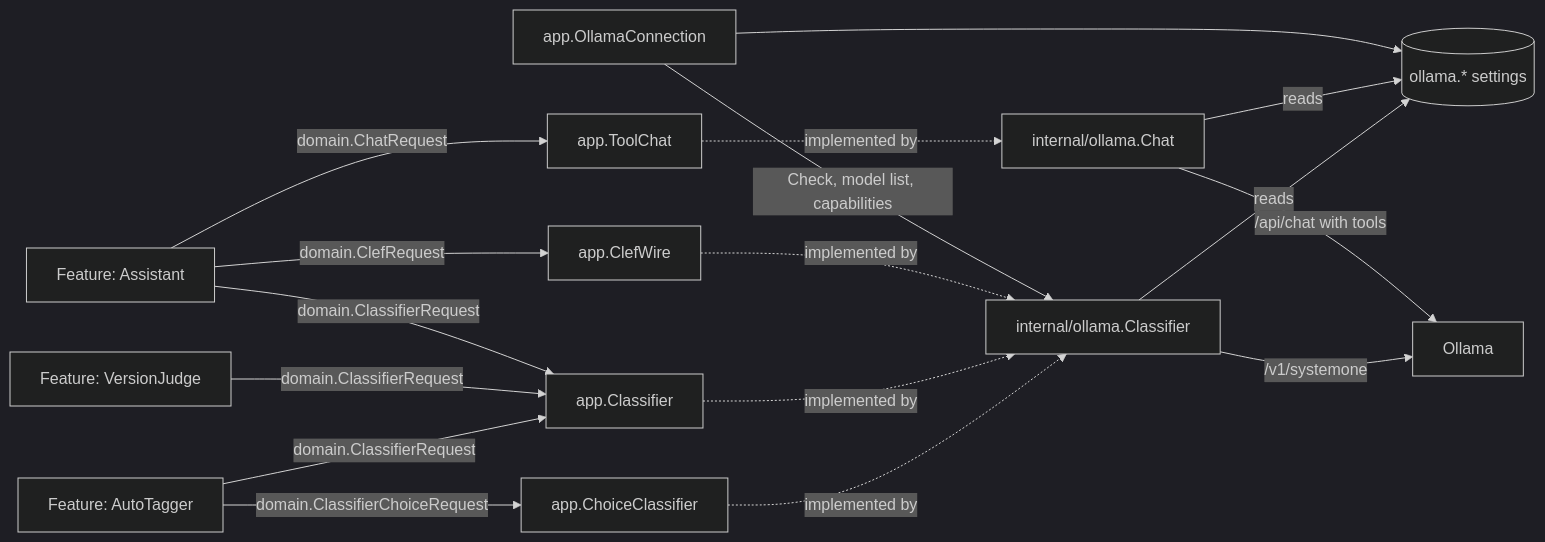
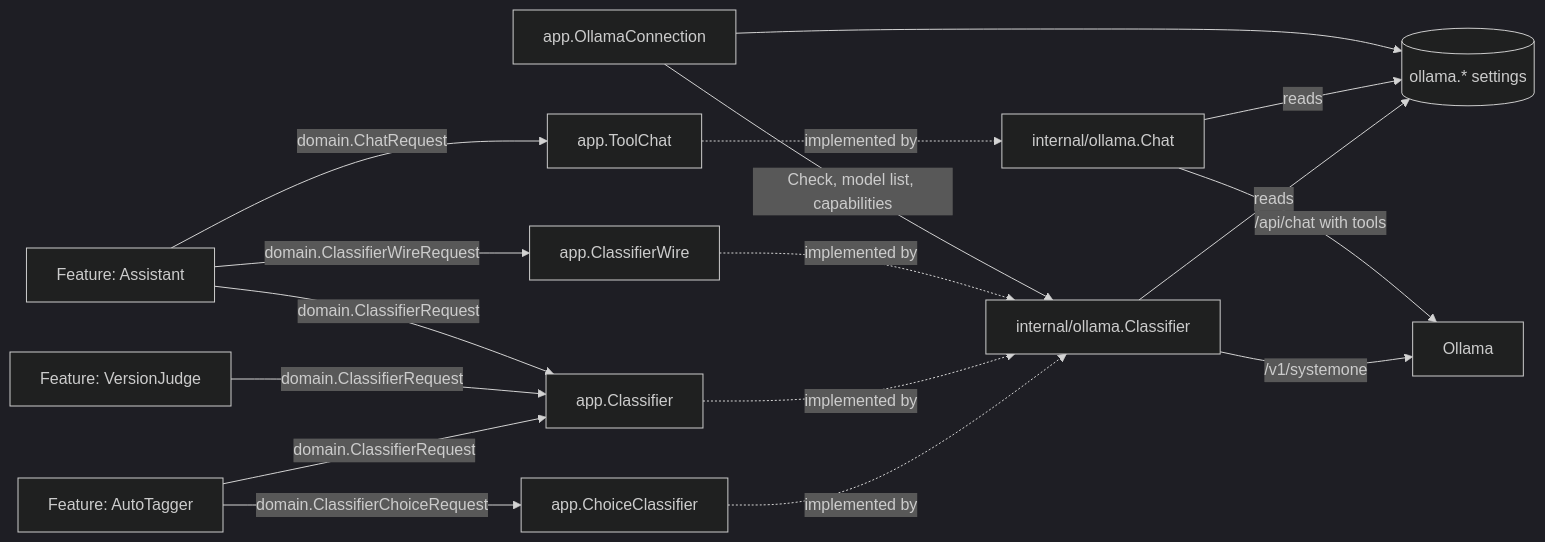
Before and after one commit to syudead/vv: the diagram in docs/design-docs/ai-layer.md, drawn with Mermaid (dark theme). The commit also changed other lines of this file and 47 other files, not shown here.

````diff
--- a/docs/design-docs/ai-layer.md
+++ b/docs/design-docs/ai-layer.md
@@ -10,19 +10,19 @@
 ```mermaid
 flowchart LR
   feature[Feature: AutoTagger] -->|domain.ClassifierRequest| port[app.Classifier]
   feature -->|domain.ClassifierChoiceRequest| cport[app.ChoiceClassifier]
   cport -.->|implemented by| ollama
   judge[Feature: VersionJudge] -->|domain.ClassifierRequest| port
   assistant[Feature: Assistant] -->|domain.ClassifierRequest| port
   assistant -->|domain.ChatRequest| tport[app.ToolChat]
-  assistant -->|domain.ClefRequest| wport[app.ClefWire]
+  assistant -->|domain.ClassifierWireRequest| wport[app.ClassifierWire]
   port -.->|implemented by| ollama[internal/ollama.Classifier]
   wport -.->|implemented by| ollama
   tport -.->|implemented by| chat[internal/ollama.Chat]
   ollama -->|reads| settings[(ollama.* settings)]
   chat -->|reads| settings
   ollama -->|/v1/systemone| server[Ollama]
   chat -->|/api/chat with tools| server
   conn[app.OllamaConnection] --> settings
   conn -->|Check, model list, capabilities| ollama
 ```
````
